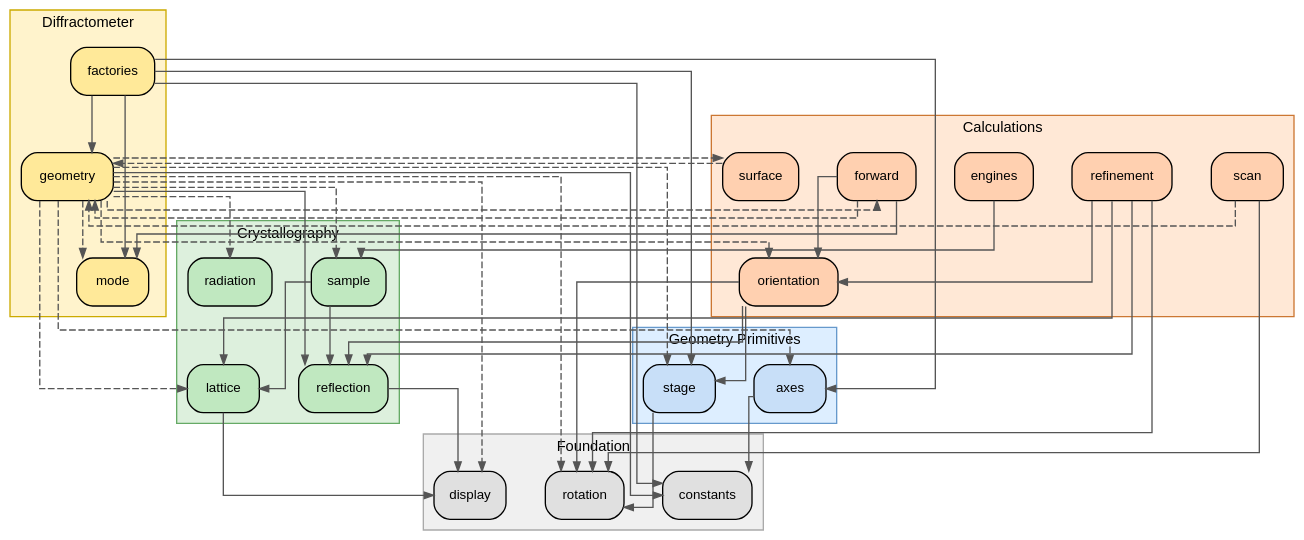
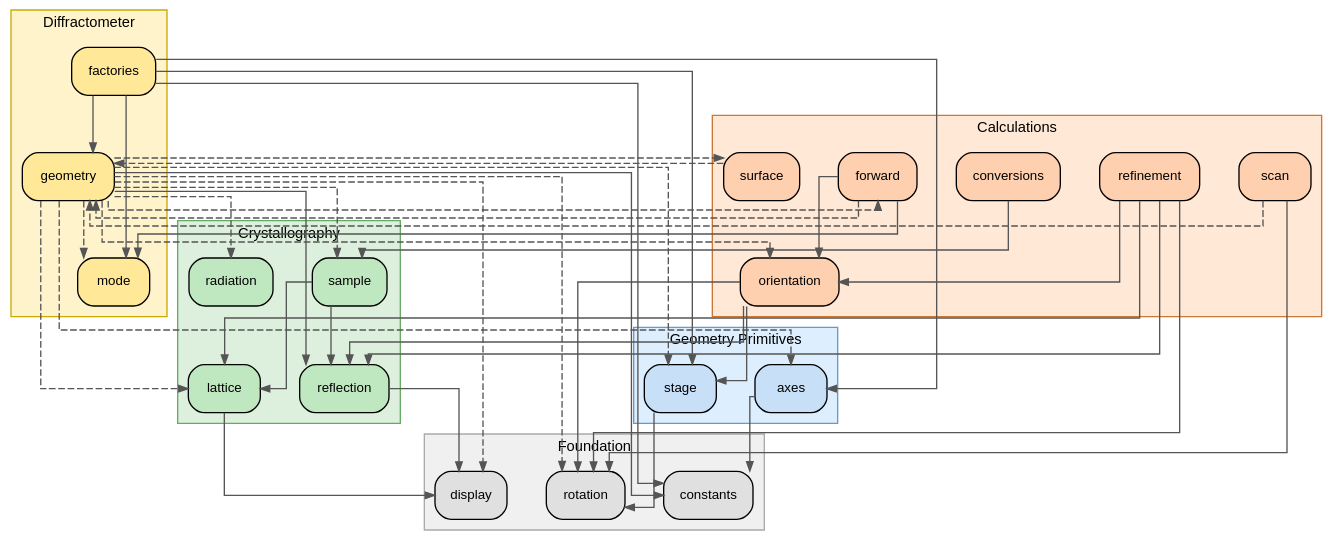
The diagram in docs/source/api.rst (BCDA-APS/ad_hoc_diffractometer), drawn with Graphviz before and after one commit. The commit also changed other lines of this file and 5 other files, not shown here.

First line of the commit message:
api: rename engines.py → conversions.py; update roadmap checkboxes (#108) (#135)

```diff
--- a/docs/source/api.rst
+++ b/docs/source/api.rst
@@ -139,7 +139,7 @@
            fontname="sans-serif" fontsize=11
            orientation [label="orientation" fillcolor="#ffd0b0"]
            forward     [label="forward"     fillcolor="#ffd0b0"]
-           engines     [label="engines"     fillcolor="#ffd0b0"]
+           conversions [label="conversions" fillcolor="#ffd0b0"]
            surface     [label="surface"     fillcolor="#ffd0b0"]
            scan        [label="scan"        fillcolor="#ffd0b0"]
            refinement  [label="refinement"  fillcolor="#ffd0b0"]
@@ -183,7 +183,7 @@
        forward     -> geometry  [style=dashed]
        forward     -> mode
        forward     -> orientation
-       engines     -> sample
+        conversions -> sample
        surface     -> geometry  [style=dashed]
        scan        -> geometry  [style=dashed]
        scan        -> rotation
```
